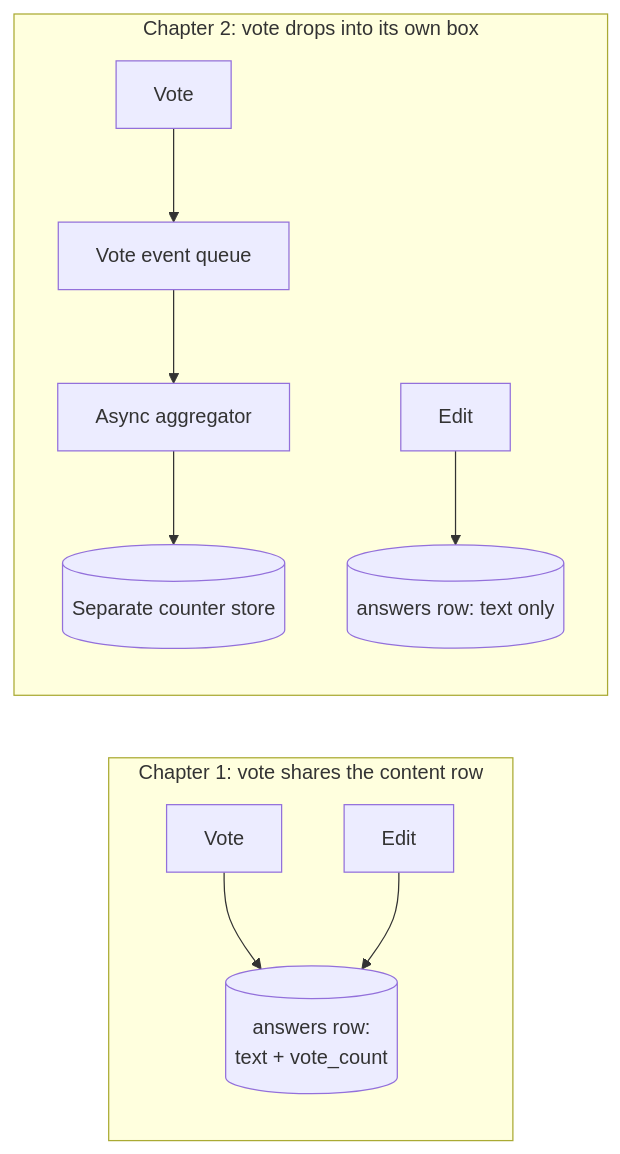
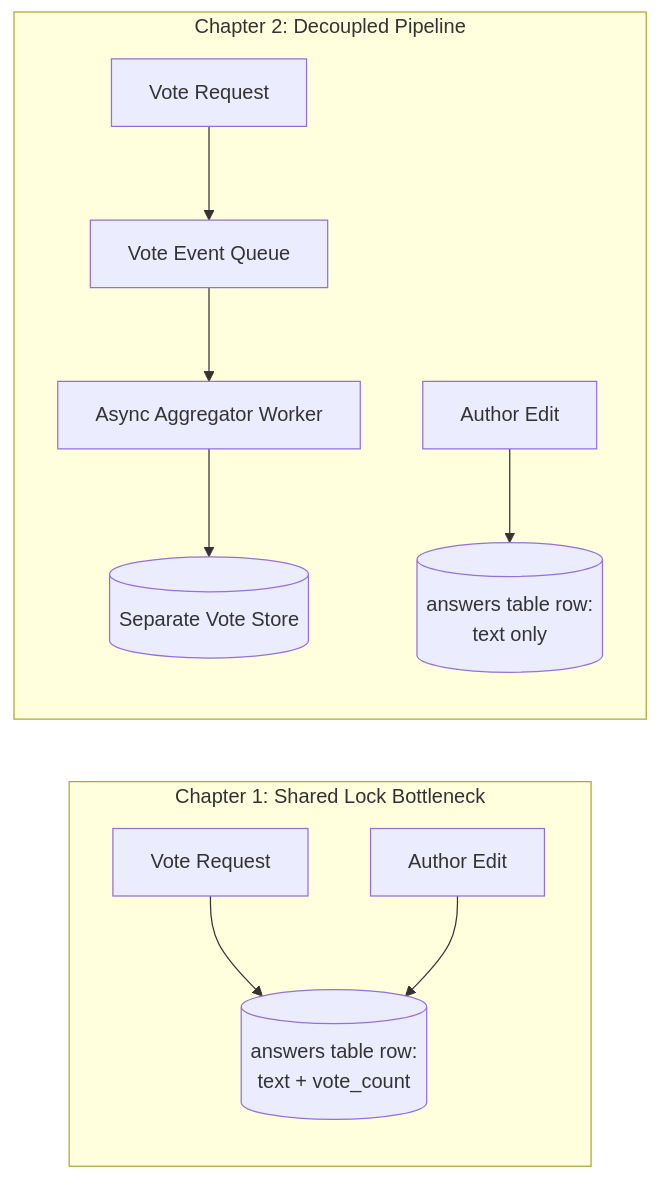
One commit to riyaz-pasha/Learnings changed the third of 15 diagrams in system-design/HLD/0-course/27-Design Quora-FAANG-Guide-story.md. Above: the diagram before and after it, drawn with Mermaid. The commit also changed other lines of this file and 1 other file, not shown here.

Commit message:
docs: simplify language, expand examples, and fix mermaid diagrams in Quora guide

````diff
--- a/system-design/HLD/0-course/27-Design Quora-FAANG-Guide-story.md
+++ b/system-design/HLD/0-course/27-Design Quora-FAANG-Guide-story.md
@@ -58,13 +153,16 @@
 ```mermaid
 flowchart LR
-    subgraph Before["Chapter 1: vote shares the content row"]
-        V1[Vote] --> R1[(answers row:\ntext + vote_count)]
-        E1[Edit] --> R1
+    subgraph Before["Chapter 1: Shared Lock Bottleneck"]
+        direction TB
+        V1["Vote Request"] --> R1[("answers table row:\ntext + vote_count")]
+        E1["Author Edit"] --> R1
     end
-    subgraph After["Chapter 2: vote drops into its own box"]
-        V2[Vote] --> Q[Vote event queue]
-        Q --> Agg[Async aggregator]
-        Agg --> C[(Separate counter store)]
-        E2[Edit] --> R2[(answers row: text only)]
+
+    subgraph After["Chapter 2: Decoupled Pipeline"]
+        direction TB
+        V2["Vote Request"] --> Q["Vote Event Queue"]
+        Q --> Agg["Async Aggregator Worker"]
+        Agg --> C[("Separate Vote Store")]
+        E2["Author Edit"] --> R2[("answers table row:\ntext only")]
     end
 ```
````
